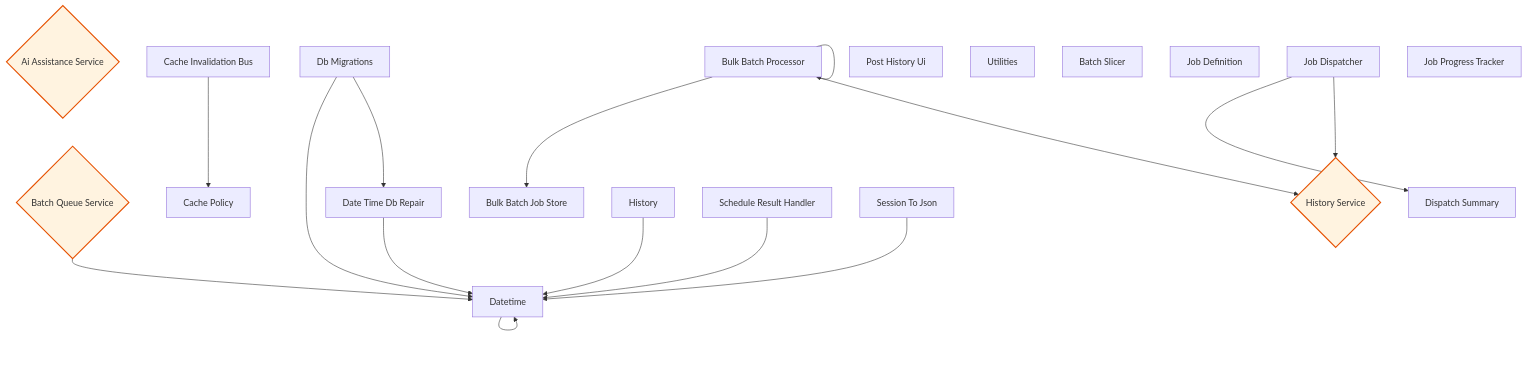
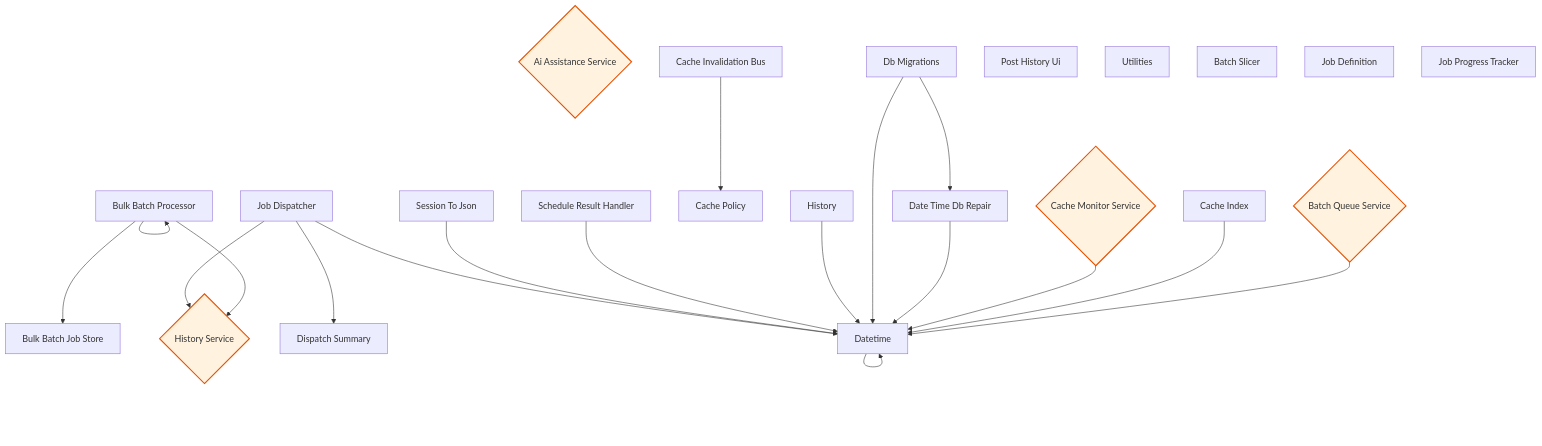
Before and after one commit to rpnunez/wp-ai-scheduler: diagram 19 of 19 in docs/feature-report.md, drawn with Mermaid. The commit also changed other lines of this file and 1 other file, not shown here.

````diff
--- a/docs/feature-report.md
+++ b/docs/feature-report.md
@@ -952,45 +980,50 @@
 ```mermaid
 flowchart TD
     %% Utilities Architecture
 
     AI_Assistance_Service{"Ai Assistance Service"}
     Batch_Queue_Service{"Batch Queue Service"}
     Bulk_Batch_Job_Store["Bulk Batch Job Store"]
     Bulk_Batch_Processor["Bulk Batch Processor"]
+    Cache_Index["Cache Index"]
     Cache_Invalidation_Bus["Cache Invalidation Bus"]
+    Cache_Monitor_Service{"Cache Monitor Service"}
     Cache_Policy["Cache Policy"]
     Date_Time_DB_Repair["Date Time Db Repair"]
     DateTime["Datetime"]
     DB_Migrations["Db Migrations"]
     History_Service{"History Service"}
     History["History"]
     Post_History_UI["Post History Ui"]
     Schedule_Result_Handler["Schedule Result Handler"]
     Session_To_JSON["Session To Json"]
     Utilities["Utilities"]
     Batch_Slicer["Batch Slicer"]
     Dispatch_Summary["Dispatch Summary"]
     Job_Definition["Job Definition"]
     Job_Dispatcher["Job Dispatcher"]
     Job_Progress_Tracker["Job Progress Tracker"]
 
     Batch_Queue_Service --> DateTime
     Bulk_Batch_Processor --> Bulk_Batch_Job_Store
     Bulk_Batch_Processor --> Bulk_Batch_Processor
     Bulk_Batch_Processor --> History_Service
+    Cache_Index --> DateTime
     Cache_Invalidation_Bus --> Cache_Policy
+    Cache_Monitor_Service --> DateTime
     Date_Time_DB_Repair --> DateTime
     DateTime --> DateTime
     DB_Migrations --> DateTime
     DB_Migrations --> Date_Time_DB_Repair
     History --> DateTime
     Schedule_Result_Handler --> DateTime
     Session_To_JSON --> DateTime
+    Job_Dispatcher --> DateTime
     Job_Dispatcher --> Dispatch_Summary
     Job_Dispatcher --> History_Service
 
     classDef repository fill:#e1f5ff,stroke:#01579b,stroke-width:2px
     classDef service fill:#fff3e0,stroke:#e65100,stroke-width:2px
     classDef controller fill:#f3e5f5,stroke:#4a148c,stroke-width:2px
-    class AI_Assistance_Service,Batch_Queue_Service,History_Service service
+    class AI_Assistance_Service,Batch_Queue_Service,Cache_Monitor_Service,History_Service service
 ```
````
